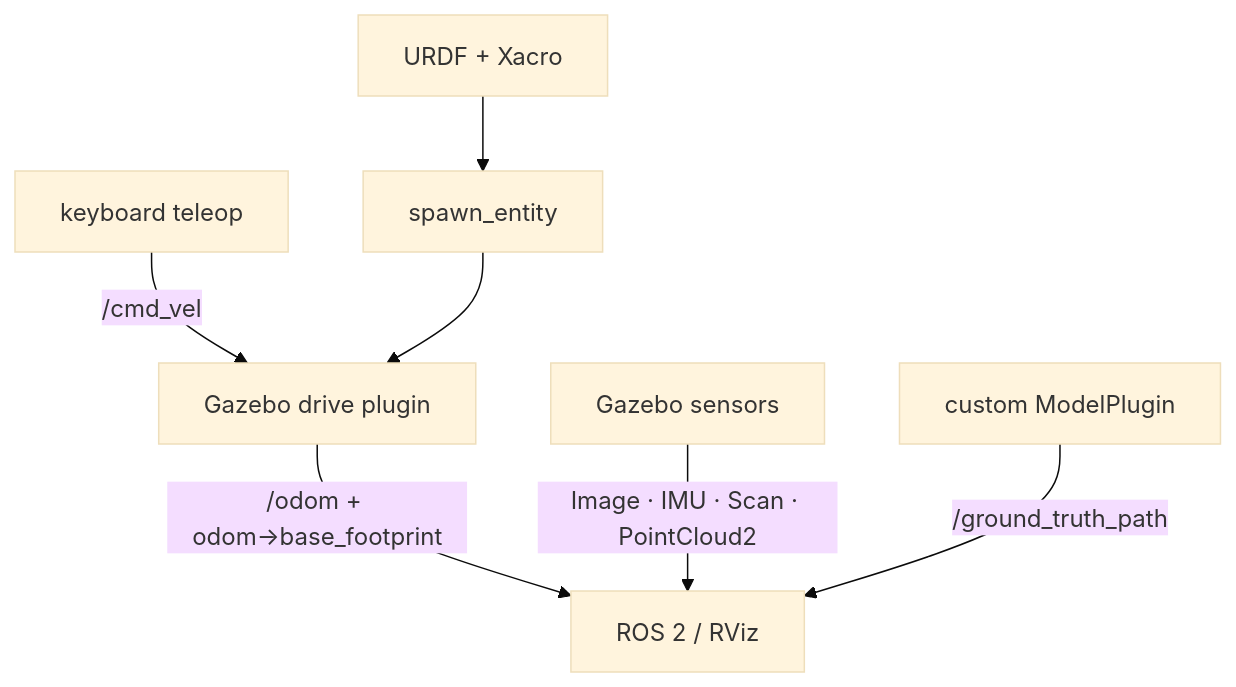
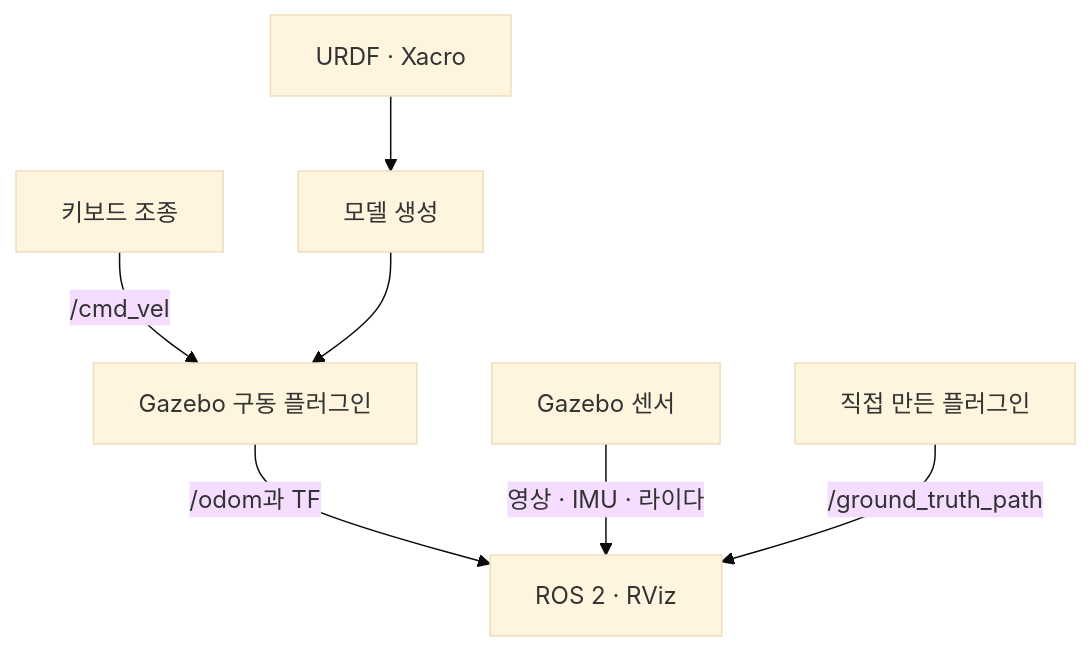
Before and after one commit to kimhoyun-robotair/robotics-sim-tutorial-kr: the diagram in docs/index.md, drawn with Mermaid (base theme). The commit also changed other lines of this file and 66 other files, not shown here.

````diff
--- a/docs/index.md
+++ b/docs/index.md
@@ -7,9 +24,9 @@
 ```mermaid
 flowchart TB
-  K["keyboard teleop"] -->|/cmd_vel| G["Gazebo drive plugin"]
-  G -->|"/odom + odom→base_footprint"| R["ROS 2 / RViz"]
-  U["URDF + Xacro"] --> S["spawn_entity"]
+  K["키보드 조종"] -->|/cmd_vel| G["Gazebo 구동 플러그인"]
+  G -->|"/odom과 TF"| R["ROS 2 · RViz"]
+  U["URDF · Xacro"] --> S["모델 생성"]
   S --> G
-  Z["Gazebo sensors"] -->|"Image · IMU · Scan · PointCloud2"| R
-  P["custom ModelPlugin"] -->|/ground_truth_path| R
+  Z["Gazebo 센서"] -->|"영상 · IMU · 라이다"| R
+  P["직접 만든 플러그인"] -->|/ground_truth_path| R
 ```
````
